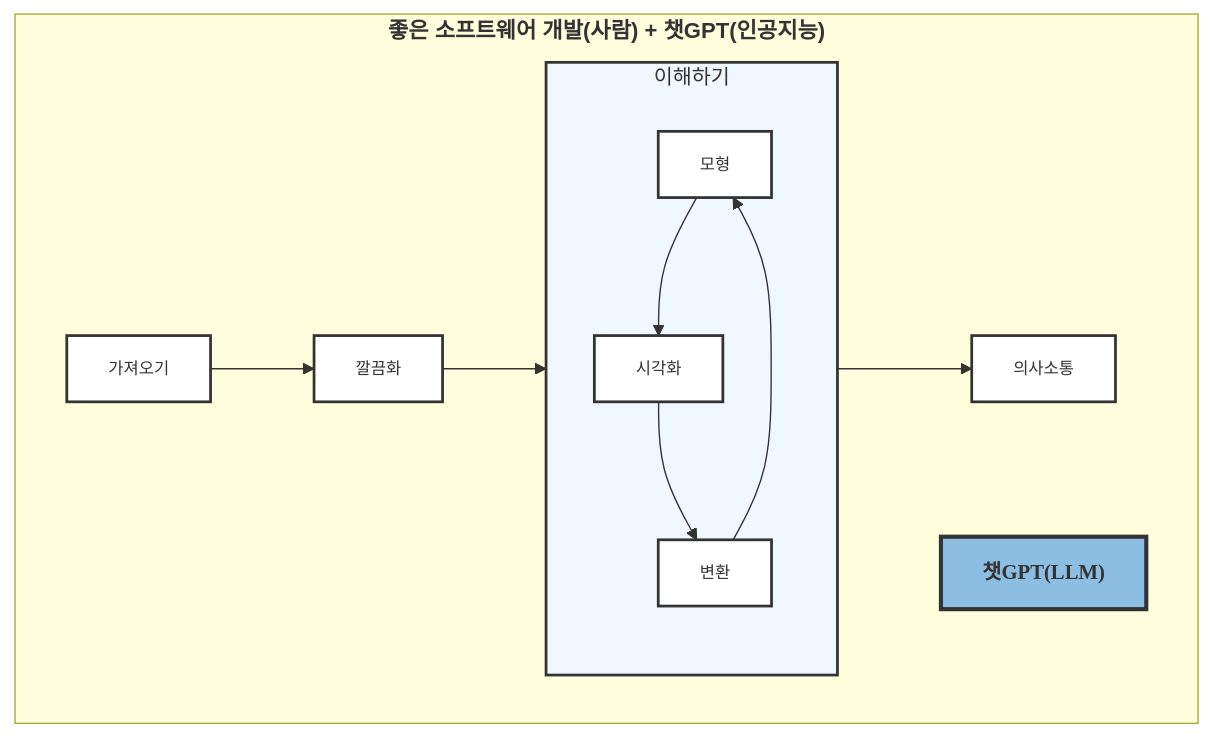
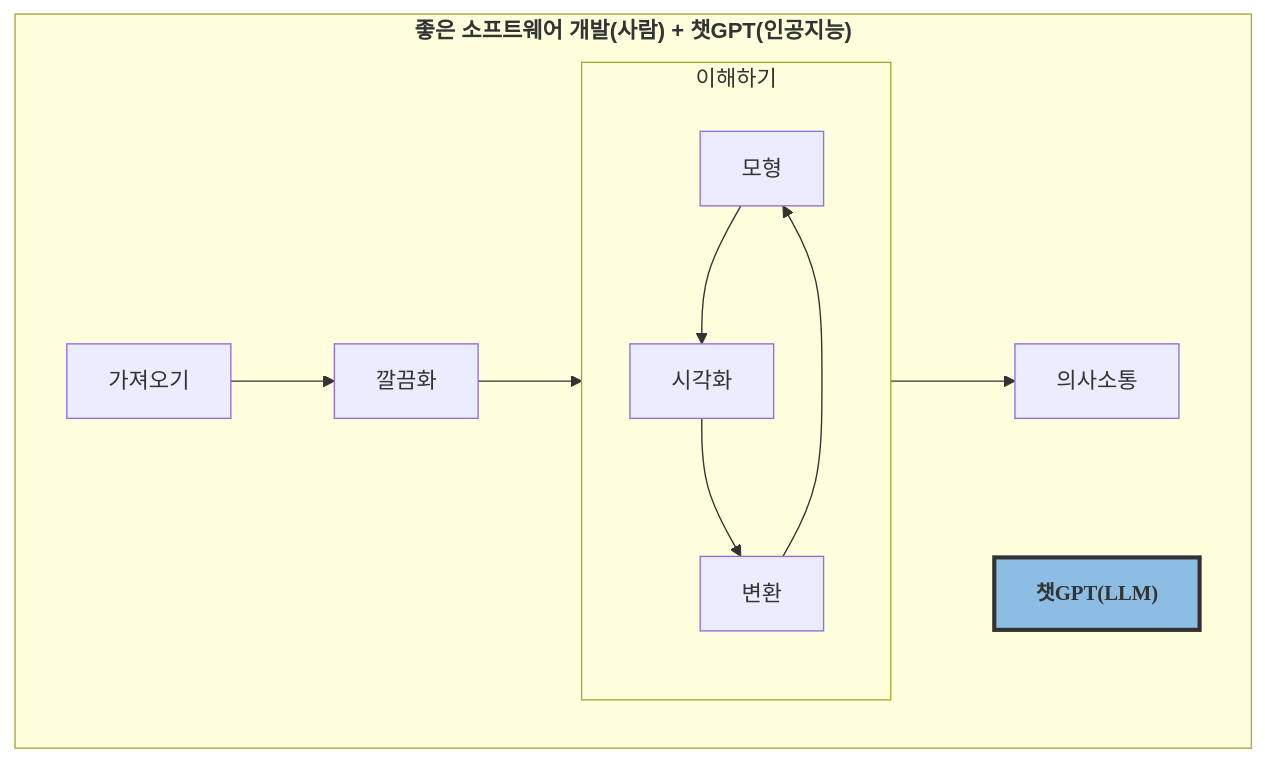
The diagram in index.qmd (statkclee/gpt-ds2), drawn with Mermaid before and after one commit. The commit also changed other lines of this file and 166 other files, not shown here.

````diff
--- a/index.qmd
+++ b/index.qmd
@@ -20,28 +20,25 @@
 ```{mermaid}
+%%| label: fig-book-structure-index
+%%| fig-cap: 챗GPT 데이터 과학 구성
+%%| fig-width: 5
 %%| fig-align: center
-%%| fig-cap: 챗GPT 데이터 과학 구성
-%%| label: fig-book-structure
 
 graph TB
     subgraph Software["<strong>좋은 소프트웨어 개발(사람) + 챗GPT(인공지능)</strong>"]
         subgraph 이해하기
             모형 --> 시각화
             변환 --> 모형
             시각화 --> 변환
             
         end
     가져오기 --> 깔끔화 --> 이해하기
     이해하기 --> 의사소통
 
     AI["챗GPT(LLM)"]
 
     end
     
-    classDef modern fill:#fff,stroke:#333,stroke-width:2px,color:#333,font-family:MaruBuri,font-size:12px;
     classDef emphasize fill:#8CBDE3,stroke:#333,stroke-width:3px,color:#333,font-family:MaruBuri,font-size:15px,font-weight:bold;
-    classDef subgraphStyle fill:#f0f8ff,stroke:#333,stroke-width:2px,color:#333,font-family:MaruBuri,font-size:15px;
-    
-    class 가져오기,깔끔화,변환,모형,시각화,의사소통 modern
+
     class AI emphasize
-    class 이해하기 subgraphStyle
 ```
````
